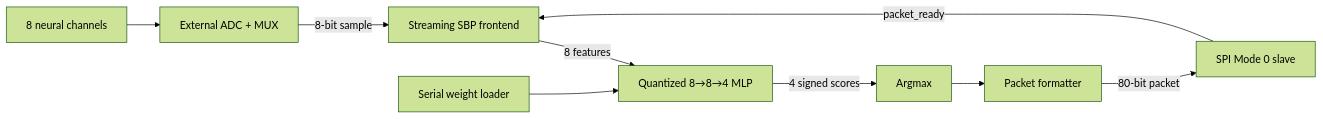
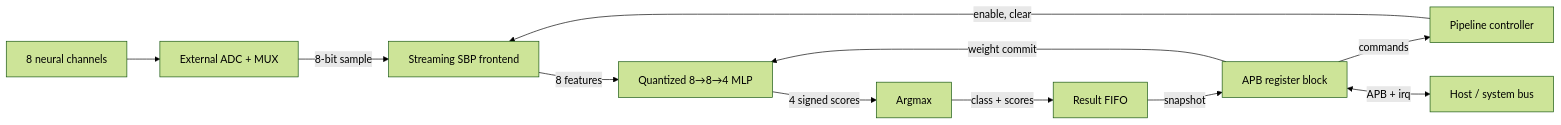
Before and after one commit to zachtey/bmi_chip_digital: the diagram in README.md, drawn with Mermaid (forest theme). The commit also changed other lines of this file and 31 other files, not shown here.

Commit message:
APB initial commit

````diff
--- a/README.md
+++ b/README.md
@@ -45,11 +45,13 @@
 ```mermaid
 flowchart LR
     A[8 neural channels] --> B[External ADC + MUX]
     B -->|8-bit sample| C[Streaming SBP frontend]
     C -->|8 features| D[Quantized 8→8→4 MLP]
     D -->|4 signed scores| E[Argmax]
-    E --> F[Packet formatter]
-    F -->|80-bit packet| G[SPI Mode 0 slave]
-    G -->|packet_ready| C
-    H[Serial weight loader] --> D
+    E -->|class + scores| F[Result FIFO]
+    F -->|snapshot| G[APB register block]
+    G -->|commands| K[Pipeline controller]
+    K -->|enable, clear| C
+    G -->|weight commit| D
+    G <-->|APB + irq| H[Host / system bus]
 ```
````
